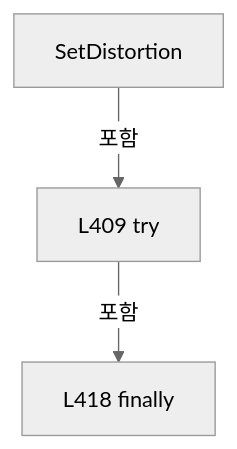
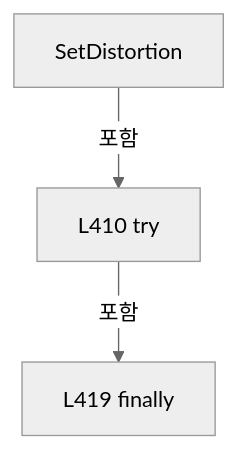
One commit to kjuws10-rgb/Shared changed the tenth of 27 diagrams in A3 LD Code Ref/files/Drilling.Common/Product/CProductManager.cs.md. Above: the diagram before and after it, drawn with Mermaid (neutral theme). The commit also changed other lines of this file and 8055 other files, not shown here.

Commit message:
docs(a3): trace Stage Glass Data and refresh architecture and full code reference

````diff
--- a/A3 LD Code Ref/files/Drilling.Common/Product/CProductManager.cs.md
+++ b/A3 LD Code Ref/files/Drilling.Common/Product/CProductManager.cs.md
@@ -1465,8 +1466,8 @@
 ```mermaid
 flowchart TD
  M["SetDistortion"]
- N0["L409 try"]
+ N0["L410 try"]
  M -->|포함| N0
- N1["L418 finally"]
+ N1["L419 finally"]
  N0 -->|포함| N1
 ```
````
